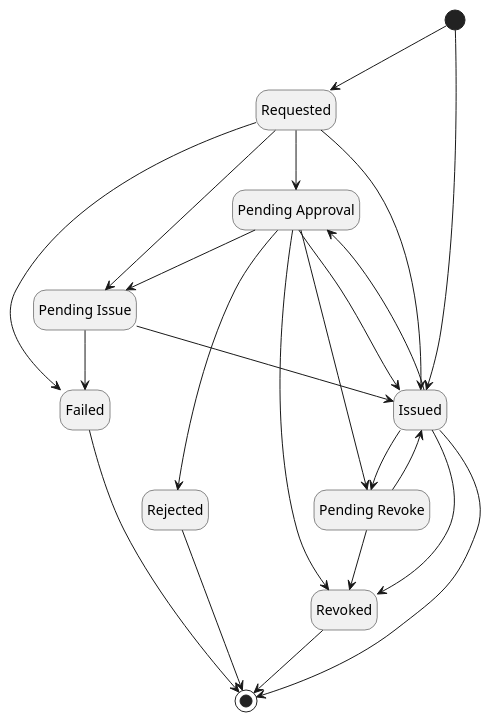
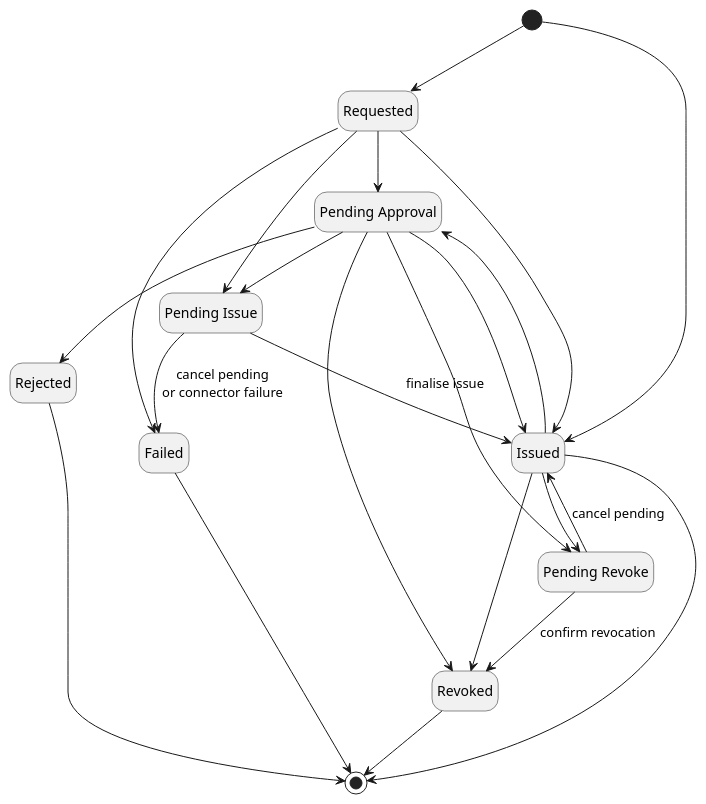
One commit to OmniTrustILM/documentation changed the first of 5 diagrams in docs/certificate-key/concept-design/core-components/certificate.md. Above: the diagram before and after it, drawn with PlantUML. The commit also changed other lines of this file and 25 other files, not shown here.

````diff
--- a/docs/certificate-key/concept-design/core-components/certificate.md
+++ b/docs/certificate-key/concept-design/core-components/certificate.md
@@ -47,32 +47,32 @@
 ```plantuml
 @startuml
 hide empty description
 
 state "Pending Approval" as PendingApproval
 state "Pending Issue" as PendingIssue
 state "Pending Revoke" as PendingRevoke
 
   [*] --> Requested
   [*] --> Issued
   Requested --> Failed
   Requested --> PendingApproval
   Requested --> PendingIssue
   Requested --> Issued
   PendingApproval --> Rejected
   PendingApproval --> PendingIssue
   PendingApproval --> PendingRevoke
   PendingApproval --> Issued
   PendingApproval --> Revoked
-  PendingIssue --> Failed
-  PendingIssue --> Issued
-  PendingRevoke --> Revoked
-  PendingRevoke --> Issued
+  PendingIssue --> Issued : finalise issue
+  PendingIssue --> Failed : cancel pending\nor connector failure
+  PendingRevoke --> Revoked : confirm revocation
+  PendingRevoke --> Issued : cancel pending
   Issued --> PendingApproval
   Issued --> PendingRevoke
   Issued --> Revoked
   Rejected --> [*]
   Failed --> [*]
   Issued --> [*]
   Revoked --> [*]
 @enduml
 ```
````
